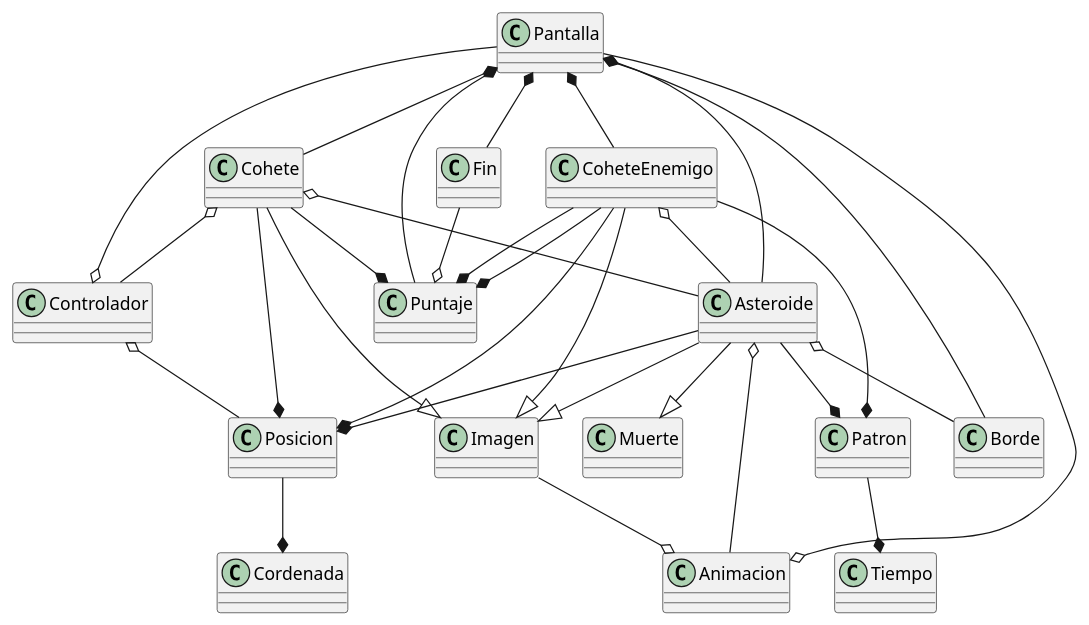
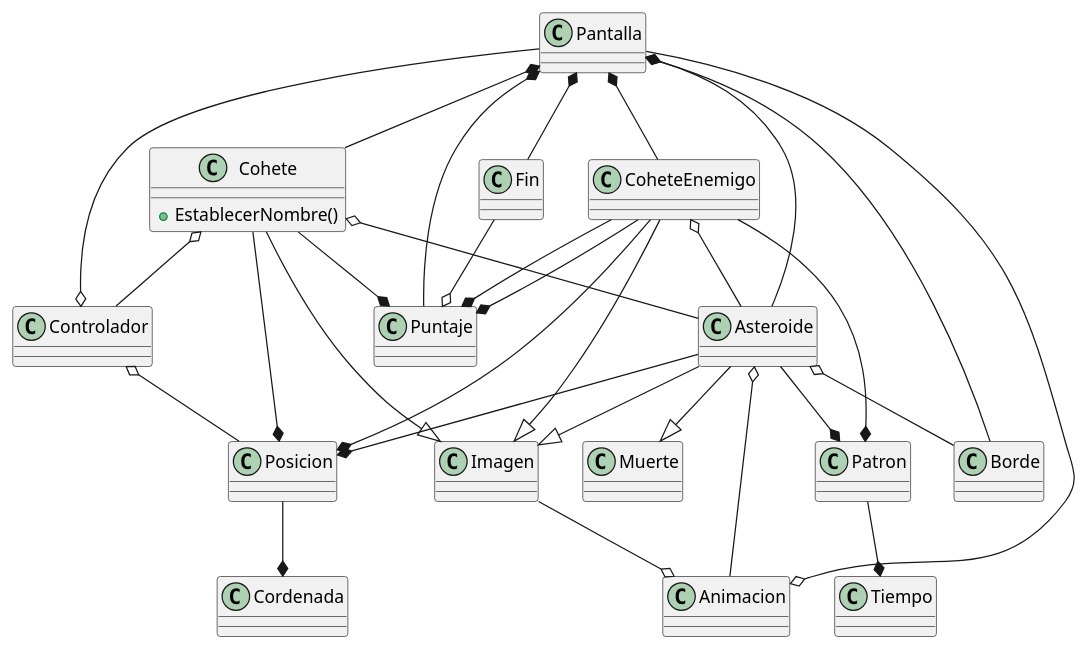
One commit to Hevan-Viscencio/Proyecto2 changed the diagram in docs/diagrama.puml. Above: the diagram before and after it, drawn with PlantUML. The commit also changed 13 other files, not shown here.

```diff
--- a/docs/diagrama.puml
+++ b/docs/diagrama.puml
@@ -1,54 +1,56 @@
 @startuml SpaceRace
 
-class Cohete 
+class Cohete {
+    +EstablecerNombre()
+}
 class Asteroide
 class Borde
 class Controlador
 class Pantalla
 class Puntaje
 class CoheteEnemigo
 class Fin
 class Animacion
 class Muerte
 class Patron
 class Tiempo
 class Posicion
 class Cordenada
 class Imagen
 
 Pantalla *-- Puntaje
 Pantalla *-- Cohete
 Pantalla *-- Borde
 Pantalla --o Controlador
 Pantalla *-- Asteroide
 Pantalla *-- CoheteEnemigo
 Pantalla *-- Fin
 Pantalla --o Animacion 
 
 Cohete o-- Controlador
 Cohete --* Puntaje
 Cohete o--Asteroide
 Cohete --* Posicion
 Cohete --|> Imagen
 
 CoheteEnemigo --* Puntaje
 CoheteEnemigo o--Asteroide
 CoheteEnemigo --* Patron
 CoheteEnemigo --* Puntaje
 CoheteEnemigo --* Posicion
 CoheteEnemigo --|> Imagen
 
 Asteroide o-- Animacion
 Asteroide --|> Muerte
 Asteroide --* Patron
 Asteroide o--Borde
 Asteroide --*Posicion
 Asteroide --|> Imagen
 
 Imagen --o Animacion
 Controlador o-- Posicion
 Posicion --* Cordenada
 Patron --* Tiempo
 Fin --o Puntaje
 
 @enduml
```
